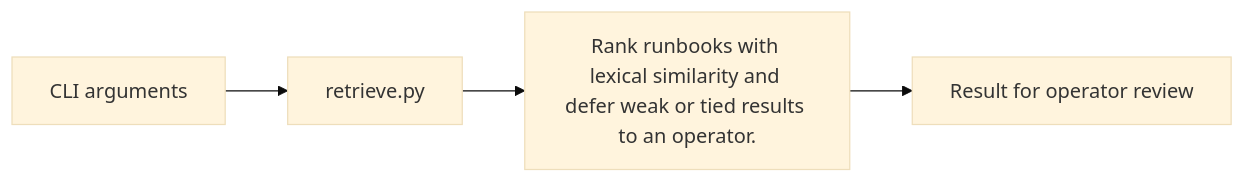
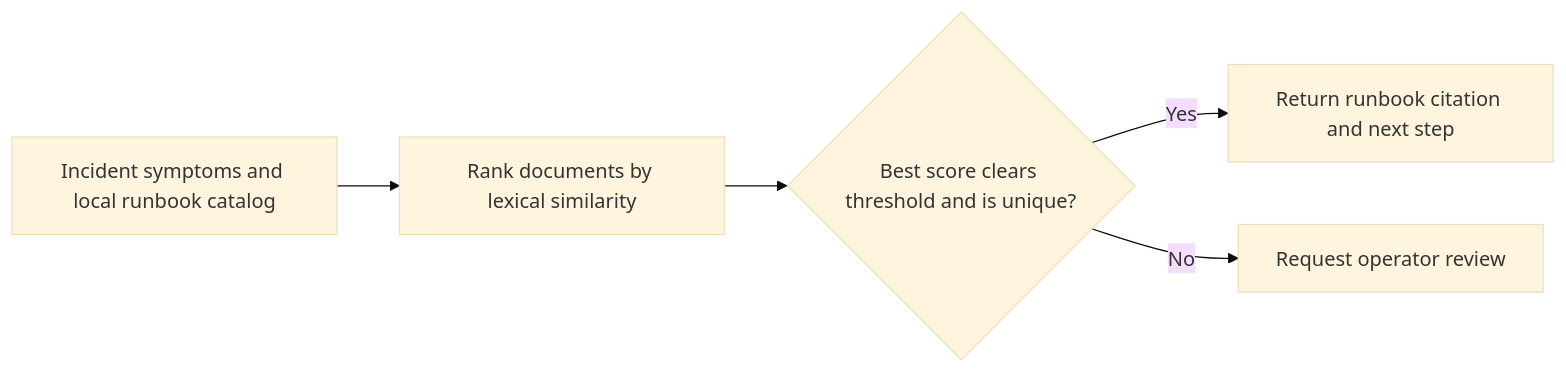
Before and after one commit to Klokesh493/on-call-runbook-retriever: the diagram in docs/ARCHITECTURE.md, drawn with Mermaid (base theme). The commit also changed 1 other file, not shown here.

Commit message:
Show the project decision flow in its README

````diff
--- a/docs/ARCHITECTURE.md
+++ b/docs/ARCHITECTURE.md
@@ -5,8 +5,11 @@
 ```mermaid
 flowchart LR
-    N0["CLI arguments"]
-    N1["retrieve.py"]
-    N2["Rank runbooks with lexical similarity and defer weak or tied results to an operator."]
-    N3["Result for operator review"]
-    N0 --> N1 --> N2 --> N3
+    A["Incident symptoms and local runbook catalog"]
+    B["Rank documents by lexical similarity"]
+    C{"Best score clears threshold and is unique?"}
+    D["Return runbook citation and next step"]
+    E["Request operator review"]
+    A --> B --> C
+    C -->|Yes| D
+    C -->|No| E
 ```
````
